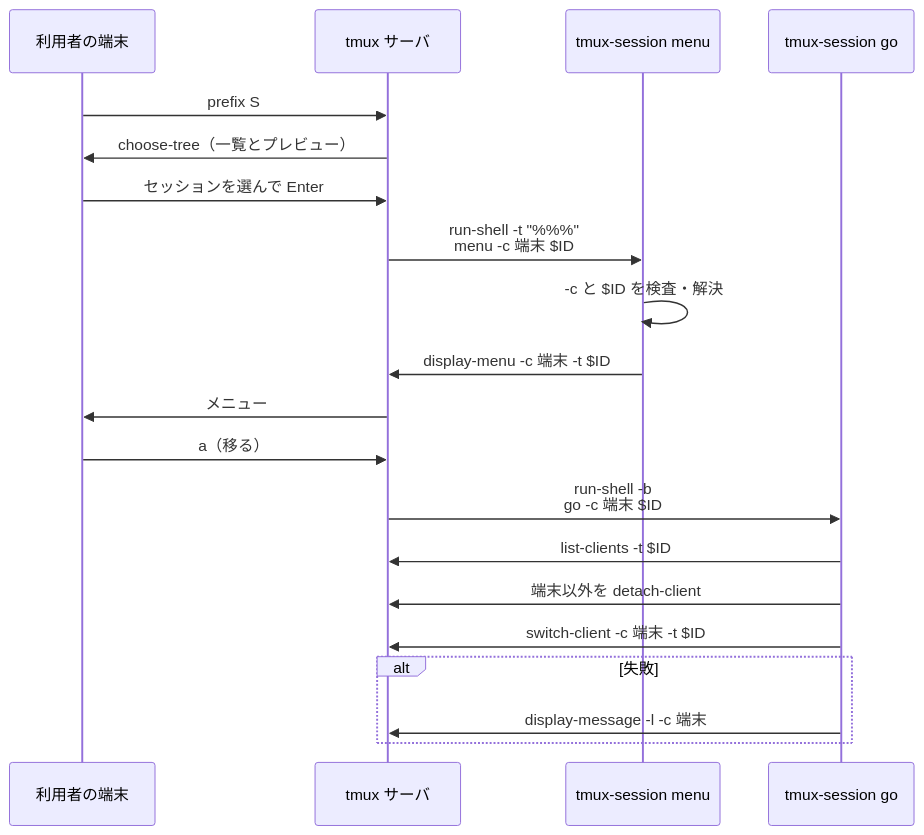
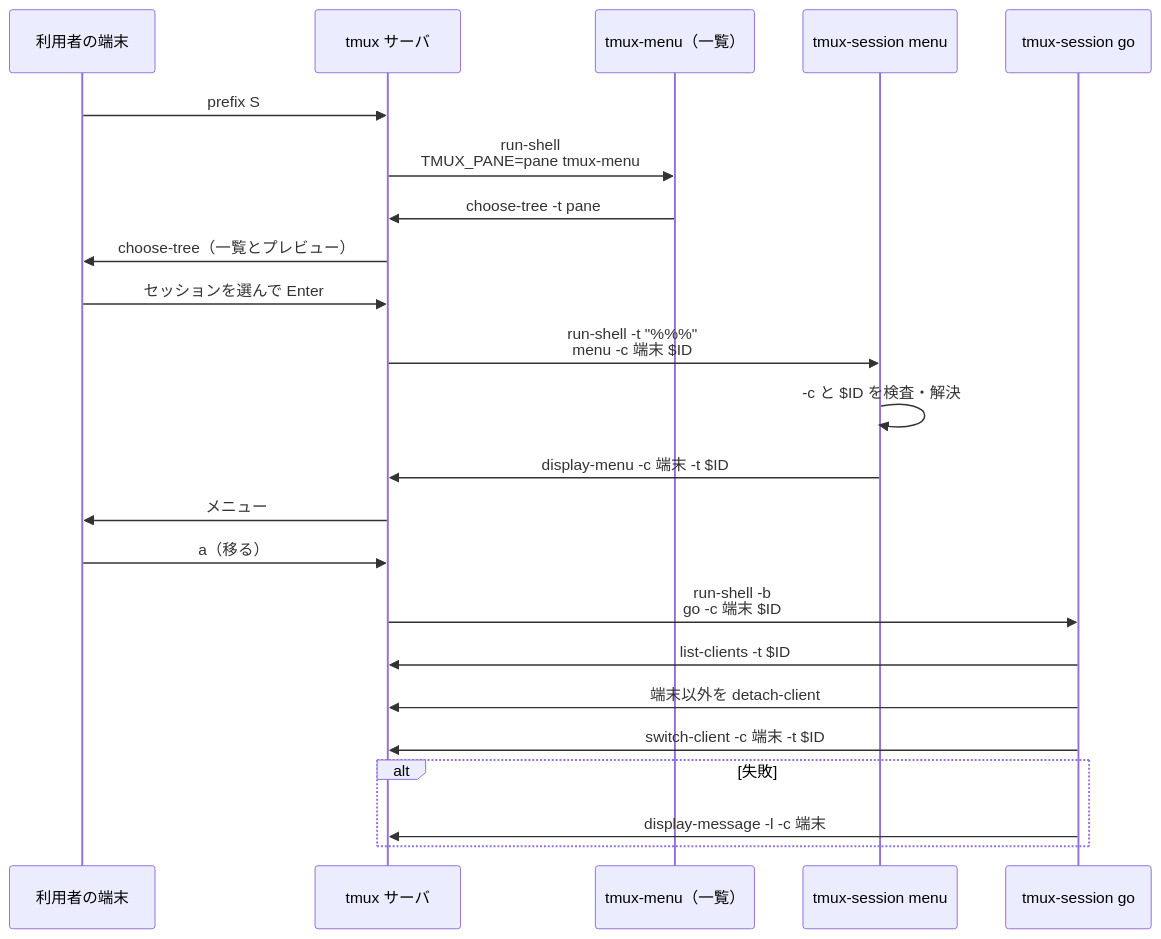
The diagram in docs/specifications/tmux-named-session.md (devbasex/devbase), drawn with Mermaid before and after one commit. The commit also changed other lines of this file, not shown here.

First line of the commit message:
docs(PLAN71): 確定仕様の prefix S と短縮名を tmux-menu の形に合わせる (#270)

````diff
--- a/docs/specifications/tmux-named-session.md
+++ b/docs/specifications/tmux-named-session.md
@@ -234,22 +255,25 @@
 ```mermaid
 sequenceDiagram
     participant U as 利用者の端末
     participant T as tmux サーバ
+    participant L as tmux-menu（一覧）
     participant M as tmux-session menu
     participant G as tmux-session go
     U->>T: prefix S
+    T->>L: run-shell<br/>TMUX_PANE=pane tmux-menu
+    L->>T: choose-tree -t pane
     T->>U: choose-tree（一覧とプレビュー）
     U->>T: セッションを選んで Enter
     T->>M: run-shell -t "%%%"<br/>menu -c 端末 $ID
     M->>M: -c と $ID を検査・解決
     M->>T: display-menu -c 端末 -t $ID
     T->>U: メニュー
     U->>T: a（移る）
     T->>G: run-shell -b<br/>go -c 端末 $ID
     G->>T: list-clients -t $ID
     G->>T: 端末以外を detach-client
     G->>T: switch-client -c 端末 -t $ID
     alt 失敗
         G->>T: display-message -l -c 端末
     end
 ```
````
